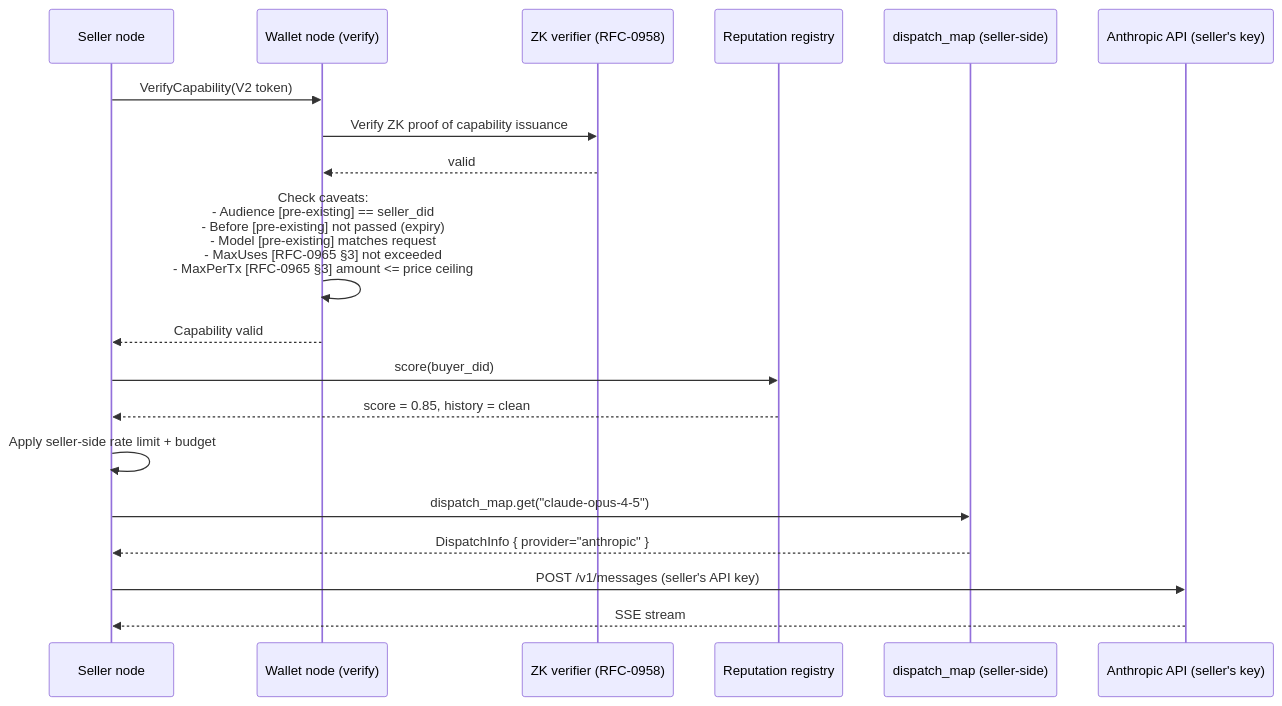
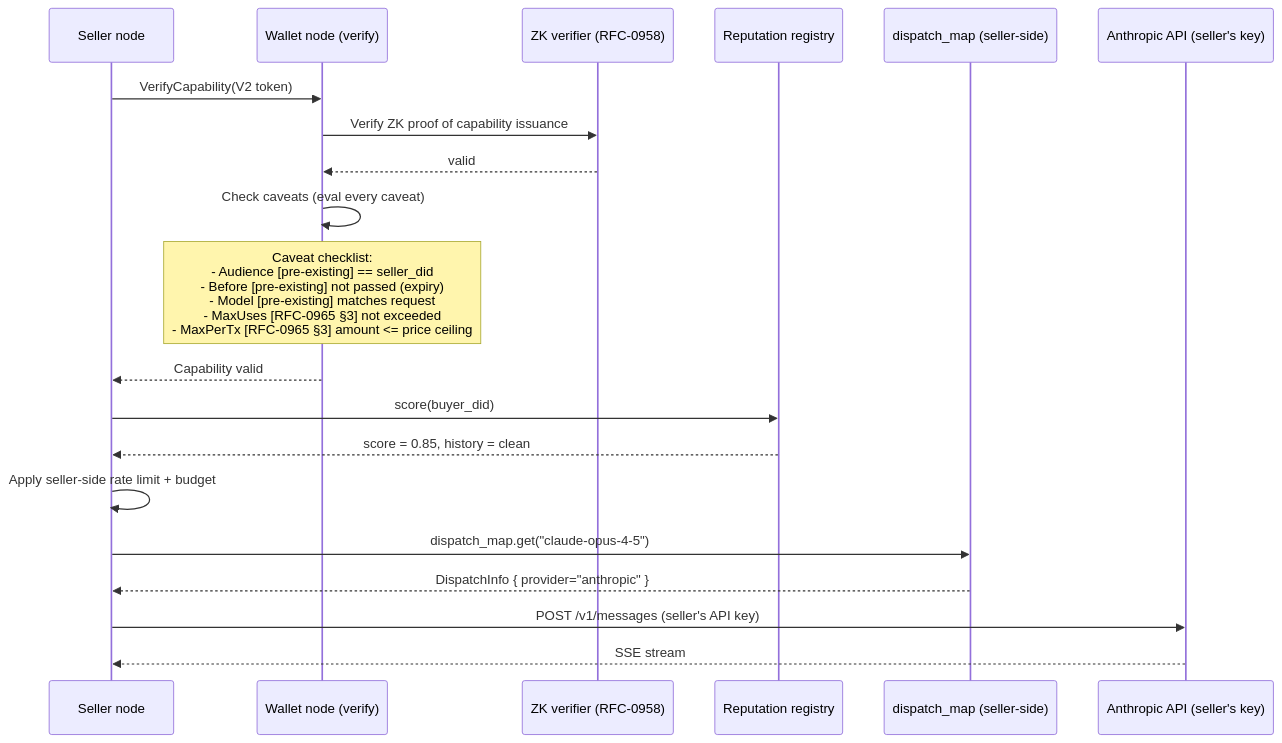
One commit to CipherOcto/cipherocto changed the ninth of 14 diagrams in docs/architecture/end-to-end-scenarios.md. Above: the diagram before and after it, drawn with Mermaid. The commit also changed other lines of this file and 1 other file, not shown here.

````diff
--- a/docs/architecture/end-to-end-scenarios.md
+++ b/docs/architecture/end-to-end-scenarios.md
@@ -402,22 +432,23 @@
 ```mermaid
 sequenceDiagram
     participant SN as Seller node
     participant W as Wallet node (verify)
     participant ZK as ZK verifier (RFC-0958)
     participant RR as Reputation registry
     participant DM as dispatch_map (seller-side)
     participant ANT as Anthropic API (seller's key)
 
     SN->>W: VerifyCapability(V2 token)
     W->>ZK: Verify ZK proof of capability issuance
     ZK-->>W: valid
-    W->>W: Check caveats:<br/>  - Audience [pre-existing] == seller_did<br/>  - Before [pre-existing] not passed (expiry)<br/>  - Model [pre-existing] matches request<br/>  - MaxUses [RFC-0965 §3] not exceeded<br/>  - MaxPerTx [RFC-0965 §3] amount <= price ceiling
+    W->>W: Check caveats (eval every caveat)
+    Note over W: Caveat checklist:<br/>  - Audience [pre-existing] == seller_did<br/>  - Before [pre-existing] not passed (expiry)<br/>  - Model [pre-existing] matches request<br/>  - MaxUses [RFC-0965 §3] not exceeded<br/>  - MaxPerTx [RFC-0965 §3] amount <= price ceiling
     W-->>SN: Capability valid
     SN->>RR: score(buyer_did)
     RR-->>SN: score = 0.85, history = clean
     SN->>SN: Apply seller-side rate limit + budget
     SN->>DM: dispatch_map.get("claude-opus-4-5")
     DM-->>SN: DispatchInfo { provider="anthropic" }
     SN->>ANT: POST /v1/messages (seller's API key)
     ANT-->>SN: SSE stream
 ```
````
